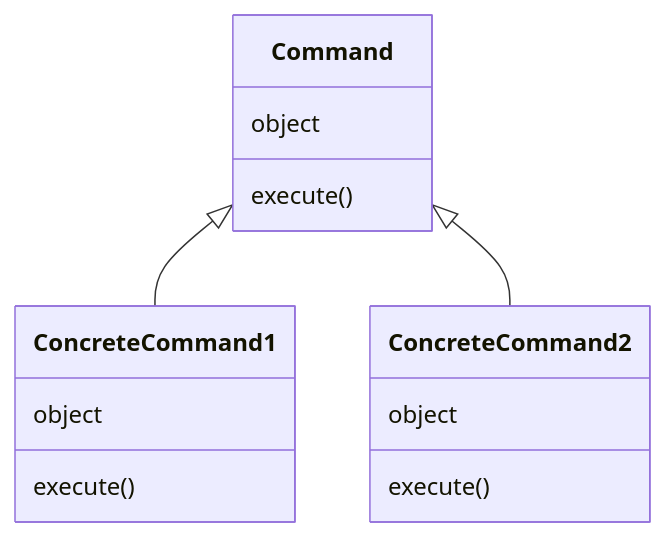
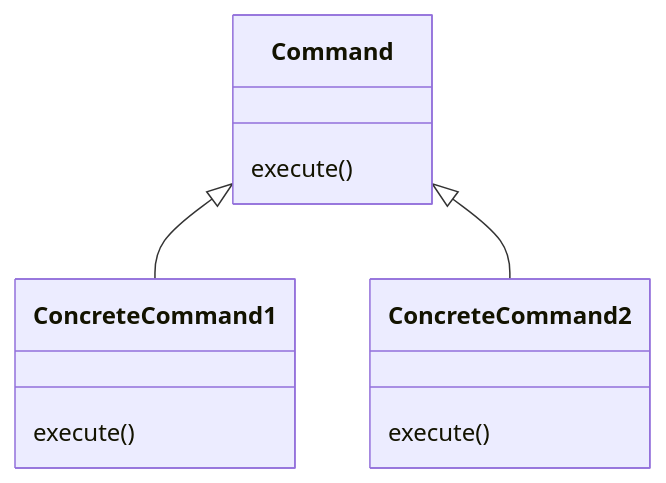
The diagram in gof_design_patterns/command_patterns.md (yuyakawai0411/programming_notes), drawn with Mermaid before and after one commit. The commit also changed other lines of this file, not shown here.

Commit message:
command example 2

````diff
--- a/gof_design_patterns/command_patterns.md
+++ b/gof_design_patterns/command_patterns.md
@@ -46,11 +46,8 @@
 ```mermaid
 classDiagram
 Command <| -- ConcreteCommand1
 Command <| -- ConcreteCommand2
-Command : object
 Command : execute()
-ConcreteCommand1 : object
 ConcreteCommand1 : execute()
-ConcreteCommand2 : object
 ConcreteCommand2 : execute()
 ```
````
